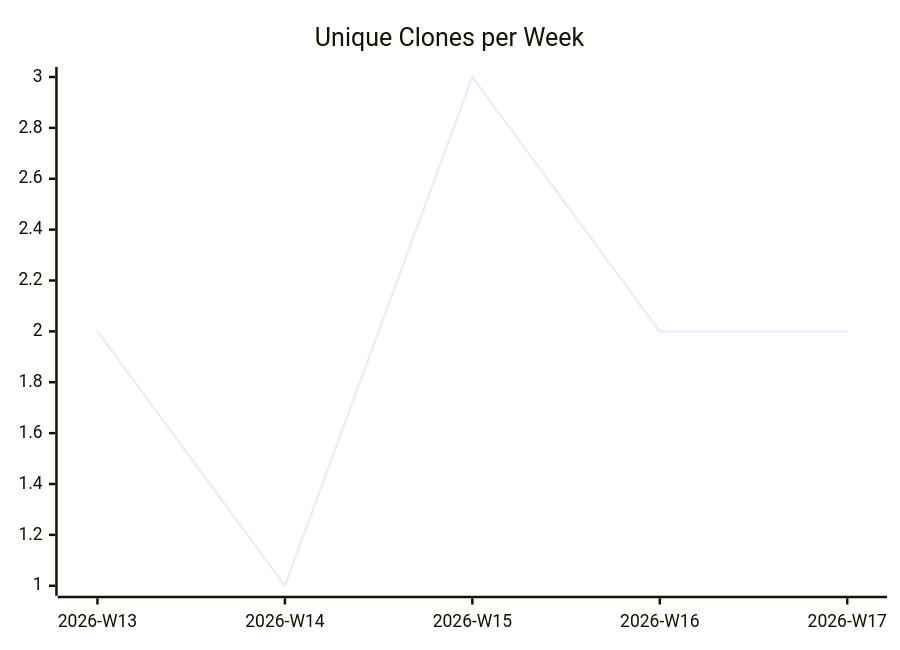
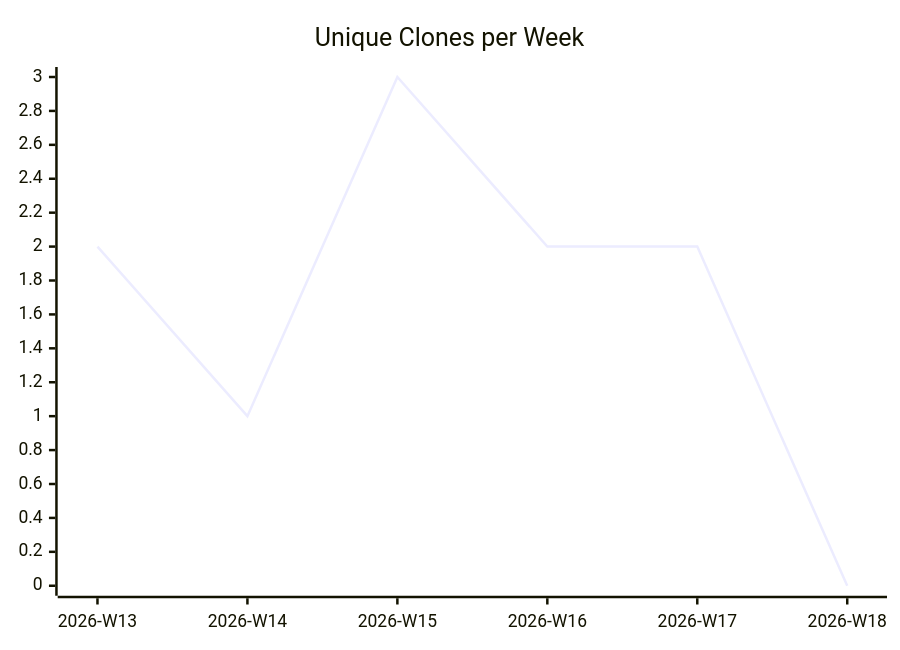
The third of 3 diagrams in karlmdavis/kobjects/README.md (justdavis-family/github-analytics-data), drawn with Mermaid before and after one commit. The commit also changed other lines of this file and 184 other files, not shown here.

````diff
--- a/karlmdavis/kobjects/README.md
+++ b/karlmdavis/kobjects/README.md
@@ -19,6 +19,6 @@
 ```mermaid
 xychart-beta
   title "Unique Clones per Week"
-  x-axis ["2026-W13", "2026-W14", "2026-W15", "2026-W16", "2026-W17"]
-  line [2, 1, 3, 2, 2]
+  x-axis ["2026-W13", "2026-W14", "2026-W15", "2026-W16", "2026-W17", "2026-W18"]
+  line [2, 1, 3, 2, 2, 0]
 ```
````
